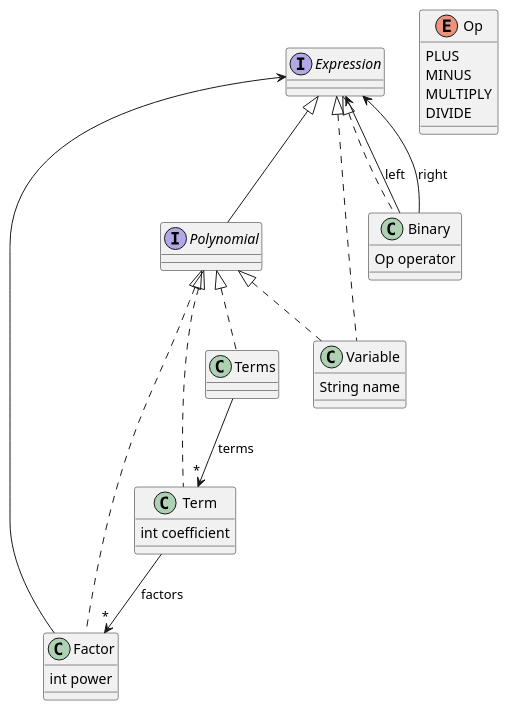
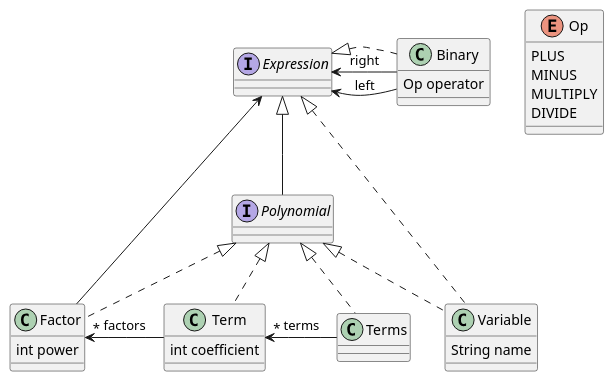
The diagram in doc/classes2.plantuml (saka1029/form), drawn with PlantUML before and after one commit.

```diff
--- a/doc/classes2.plantuml
+++ b/doc/classes2.plantuml
@@ -1,35 +1,35 @@
 @startuml
 interface Expression
 interface Polynomial
 Polynomial -up-|> Expression
 class Terms
 Terms .up.|> Polynomial
 class Term {
     int coefficient
 }
 Term .up.|> Polynomial
-Terms --> "*" Term : terms
+Terms -left-> "*" Term : terms
 class Factor {
     int power
 }
 Factor .up.|> Polynomial
 Factor -up-> Expression
-Term --> "*" Factor : factors
+Term -left-> "*" Factor : factors
 class Variable {
     String name
 }
 Variable .up.|> Expression
 Variable .up.|> Polynomial
 enum Op {
     PLUS
     MINUS
     MULTIPLY
     DIVIDE
 }
 class Binary {
     Op operator
 }
 Binary .up.|> Expression
-Binary --> Expression : left
-Binary --> Expression : right
+Binary -left-> Expression : left
+Binary -left-> Expression : right
 @enduml
```
